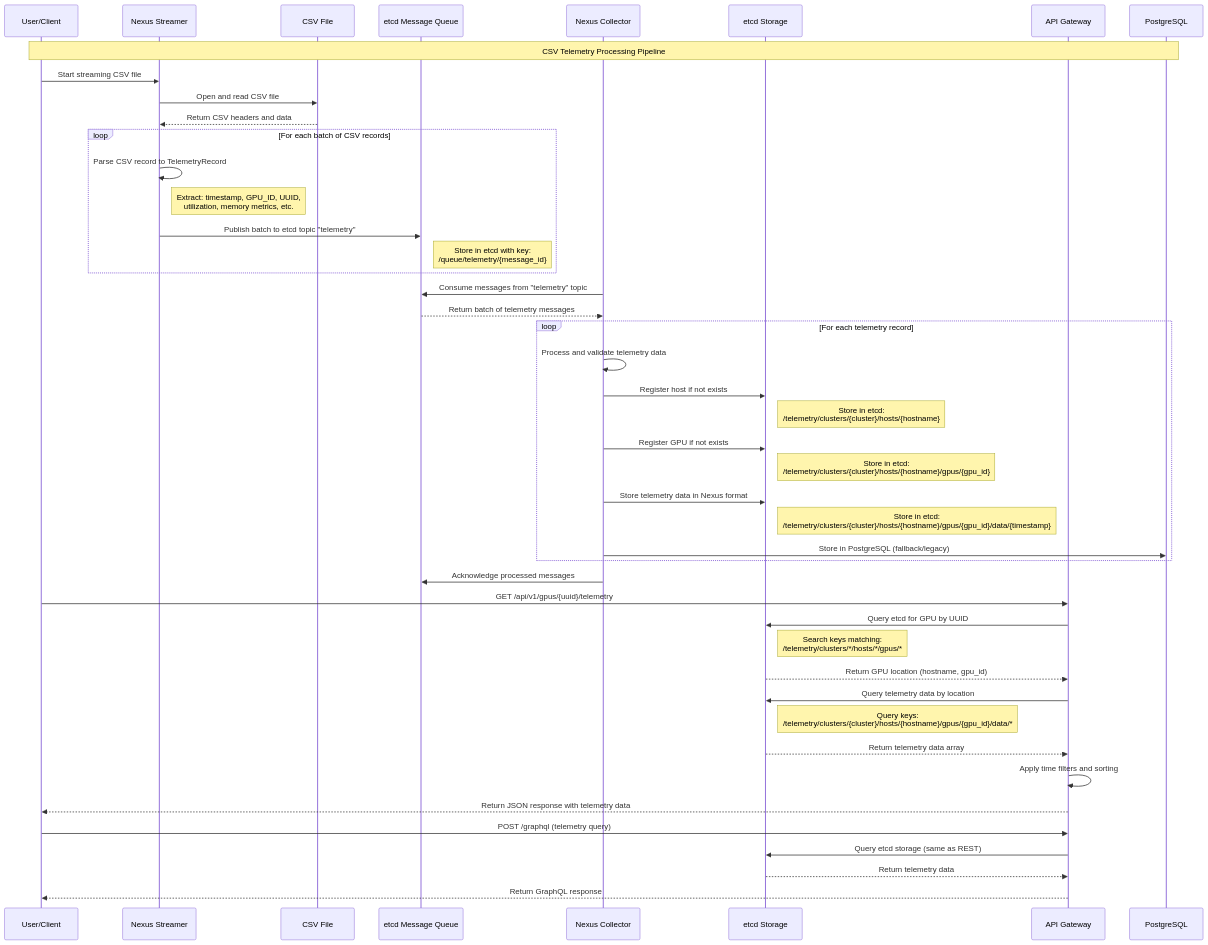
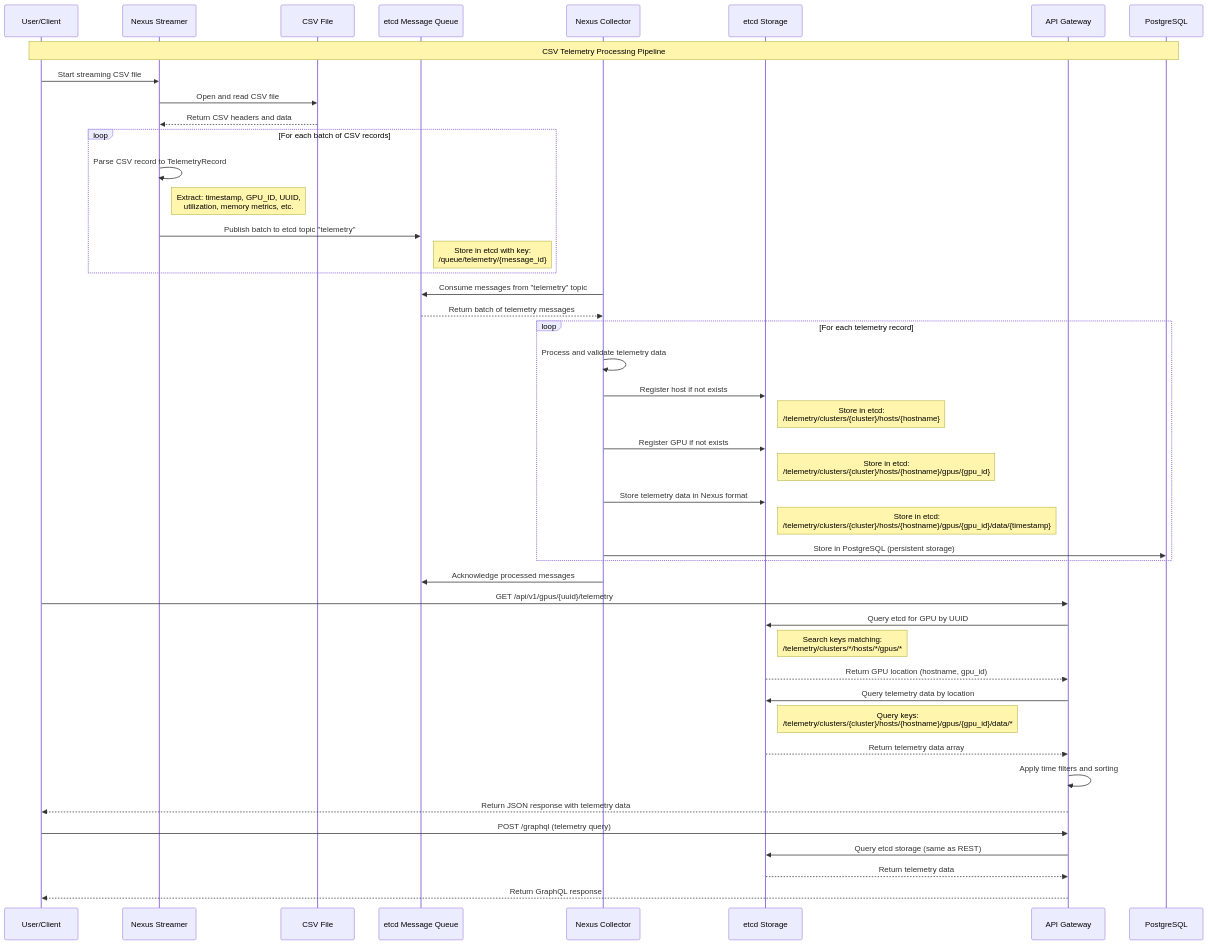
One commit to dilipmighty245/telemetry-pipeline changed the second of 2 diagrams in README.md. Above: the diagram before and after it, drawn with Mermaid. The commit also changed other lines of this file and 12 other files, not shown here.

````diff
--- a/README.md
+++ b/README.md
@@ -188,59 +188,59 @@
 ```mermaid
 sequenceDiagram
     participant User as User/Client
     participant Streamer as Nexus Streamer
     participant CSV as CSV File
     participant Queue as etcd Message Queue
     participant Collector as Nexus Collector
     participant Storage as etcd Storage
     participant Gateway as API Gateway
     participant DB as PostgreSQL
 
     Note over User,DB: CSV Telemetry Processing Pipeline
 
     %% CSV Reading Phase
     User->>Streamer: Start streaming CSV file
     Streamer->>CSV: Open and read CSV file
     CSV-->>Streamer: Return CSV headers and data
     
     loop For each batch of CSV records
         Streamer->>Streamer: Parse CSV record to TelemetryRecord
         Note right of Streamer: Extract: timestamp, GPU_ID, UUID,<br/>utilization, memory metrics, etc.
         Streamer->>Queue: Publish batch to etcd topic "telemetry"
         Note right of Queue: Store in etcd with key:<br/>/queue/telemetry/{message_id}
     end
 
     %% Processing Phase
     Collector->>Queue: Consume messages from "telemetry" topic
     Queue-->>Collector: Return batch of telemetry messages
     
     loop For each telemetry record
         Collector->>Collector: Process and validate telemetry data
         Collector->>Storage: Register host if not exists
         Note right of Storage: Store in etcd:<br/>/telemetry/clusters/{cluster}/hosts/{hostname}
         Collector->>Storage: Register GPU if not exists  
         Note right of Storage: Store in etcd:<br/>/telemetry/clusters/{cluster}/hosts/{hostname}/gpus/{gpu_id}
         Collector->>Storage: Store telemetry data in Nexus format
         Note right of Storage: Store in etcd:<br/>/telemetry/clusters/{cluster}/hosts/{hostname}/gpus/{gpu_id}/data/{timestamp}
-        Collector->>DB: Store in PostgreSQL (fallback/legacy)
+        Collector->>DB: Store in PostgreSQL (persistent storage)
     end
     
     Collector->>Queue: Acknowledge processed messages
     
     %% Data Fetching Phase
     User->>Gateway: GET /api/v1/gpus/{uuid}/telemetry
     Gateway->>Storage: Query etcd for GPU by UUID
     Note right of Storage: Search keys matching:<br/>/telemetry/clusters/*/hosts/*/gpus/*
     Storage-->>Gateway: Return GPU location (hostname, gpu_id)
     Gateway->>Storage: Query telemetry data by location
     Note right of Storage: Query keys:<br/>/telemetry/clusters/{cluster}/hosts/{hostname}/gpus/{gpu_id}/data/*
     Storage-->>Gateway: Return telemetry data array
     Gateway->>Gateway: Apply time filters and sorting
     Gateway-->>User: Return JSON response with telemetry data
 
     %% Alternative GraphQL Query
     User->>Gateway: POST /graphql (telemetry query)
     Gateway->>Storage: Query etcd storage (same as REST)
     Storage-->>Gateway: Return telemetry data
     Gateway-->>User: Return GraphQL response
 ```
````
